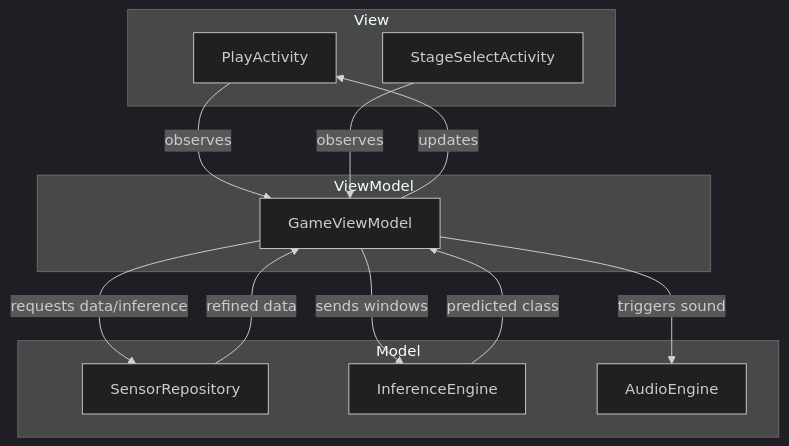
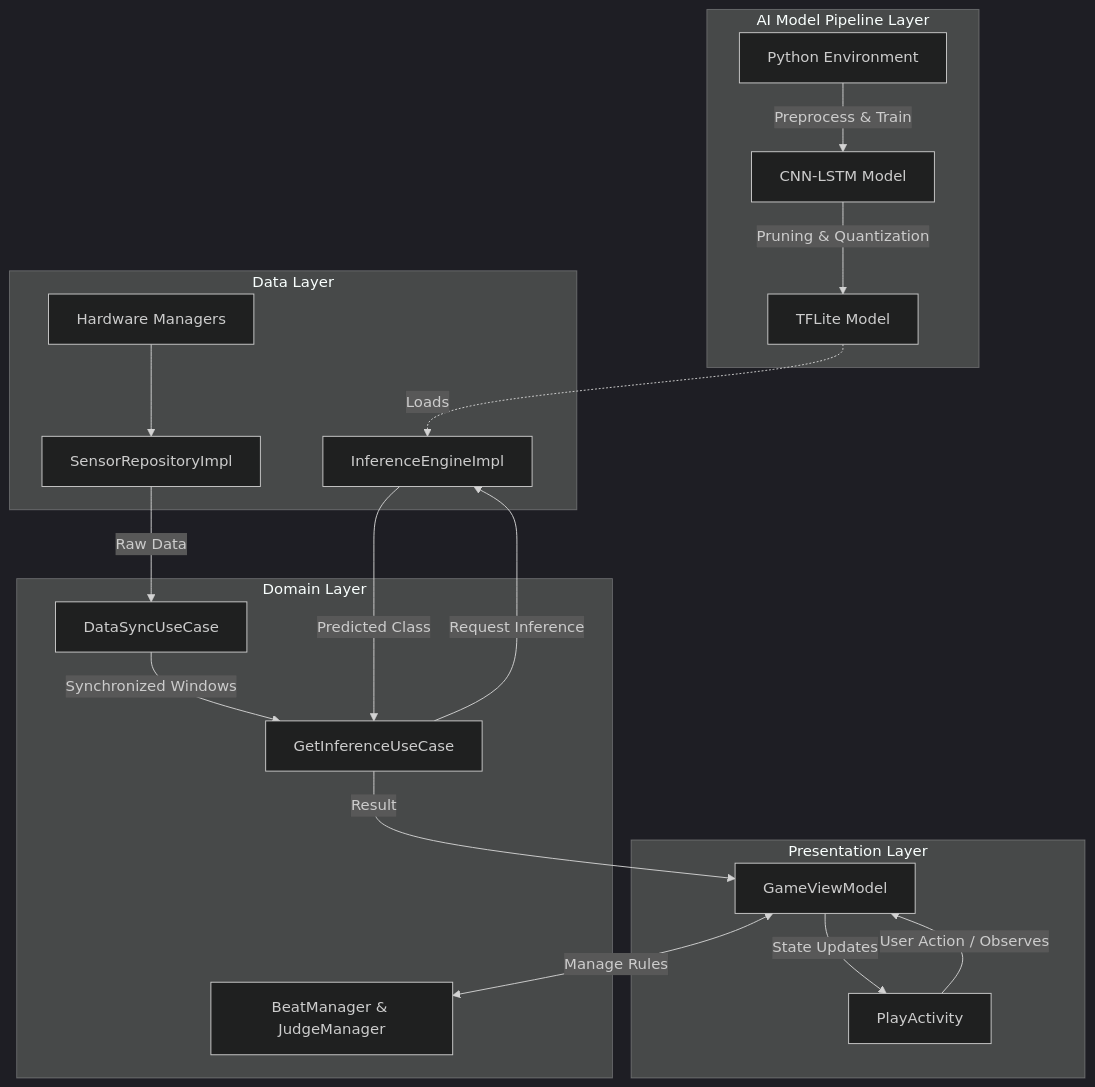
The second of 2 diagrams in docs/02_System_Architecture.md (spklapjs/Point-6), drawn with Mermaid (dark theme) before and after one commit. The commit also changed other lines of this file, not shown here.

````diff
--- a/docs/02_System_Architecture.md
+++ b/docs/02_System_Architecture.md
@@ -90,26 +96,34 @@
 ```mermaid
 graph TD
-    subgraph View [View]
-        V1[PlayActivity]
-        V2[StageSelectActivity]
+    subgraph AI [AI Model Pipeline Layer]
+        P1[Python Environment] -- Preprocess & Train --> P2[CNN-LSTM Model]
+        P2 -- Pruning & Quantization --> P3[TFLite Model]
     end
 
-    subgraph ViewModel [ViewModel]
-        VM[GameViewModel]
+    subgraph Data [Data Layer]
+        D1[Hardware Managers] --> D2[SensorRepositoryImpl]
+        D3[InferenceEngineImpl]
+    end
+    
+    P3 -. Loads .-> D3
+
+    subgraph Domain [Domain Layer]
+        U1[DataSyncUseCase]
+        U2[GetInferenceUseCase]
+        U3[BeatManager & JudgeManager]
     end
 
-    subgraph Model [Model]
-        M1[SensorRepository]
-        M2[InferenceEngine]
-        M3[AudioEngine]
+    subgraph Presentation [Presentation Layer]
+        VM[GameViewModel]
+        V1[PlayActivity]
     end
 
-    V1 -- observes --> VM
-    V2 -- observes --> VM
-    VM -- updates --> V1
-    VM -- requests data/inference --> M1
-    VM -- sends windows --> M2
-    VM -- triggers sound --> M3
-    M1 -- refined data --> VM
-    M2 -- predicted class --> VM
+    D2 -- Raw Data --> U1
+    U1 -- Synchronized Windows --> U2
+    U2 -- Request Inference --> D3
+    D3 -- Predicted Class --> U2
+    U2 -- Result --> VM
+    VM <-- Manage Rules --> U3
+    VM -- State Updates --> V1
+    V1 -- User Action / Observes --> VM
 ```
````
